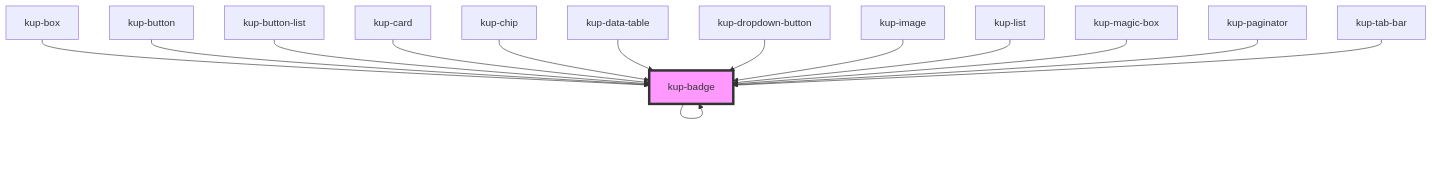
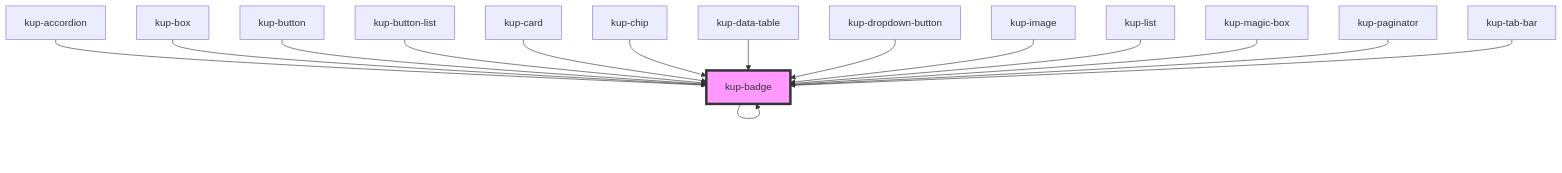
One commit to smeup/ketchup changed the diagram in packages/ketchup/src/components/kup-badge/readme.md. Above: the diagram before and after it, drawn with Mermaid. The commit also changed other lines of this file and 9 other files, not shown here.

Commit message:
kup-accordion: improved style. KupTheme: added new icon (dropdown).

````diff
--- a/packages/ketchup/src/components/kup-badge/readme.md
+++ b/packages/ketchup/src/components/kup-badge/readme.md
@@ -78,17 +79,18 @@
 ```mermaid
 graph TD;
   kup-badge --> kup-badge
+  kup-accordion --> kup-badge
   kup-box --> kup-badge
   kup-button --> kup-badge
   kup-button-list --> kup-badge
   kup-card --> kup-badge
   kup-chip --> kup-badge
   kup-data-table --> kup-badge
   kup-dropdown-button --> kup-badge
   kup-image --> kup-badge
   kup-list --> kup-badge
   kup-magic-box --> kup-badge
   kup-paginator --> kup-badge
   kup-tab-bar --> kup-badge
   style kup-badge fill:#f9f,stroke:#333,stroke-width:4px
 ```
````
